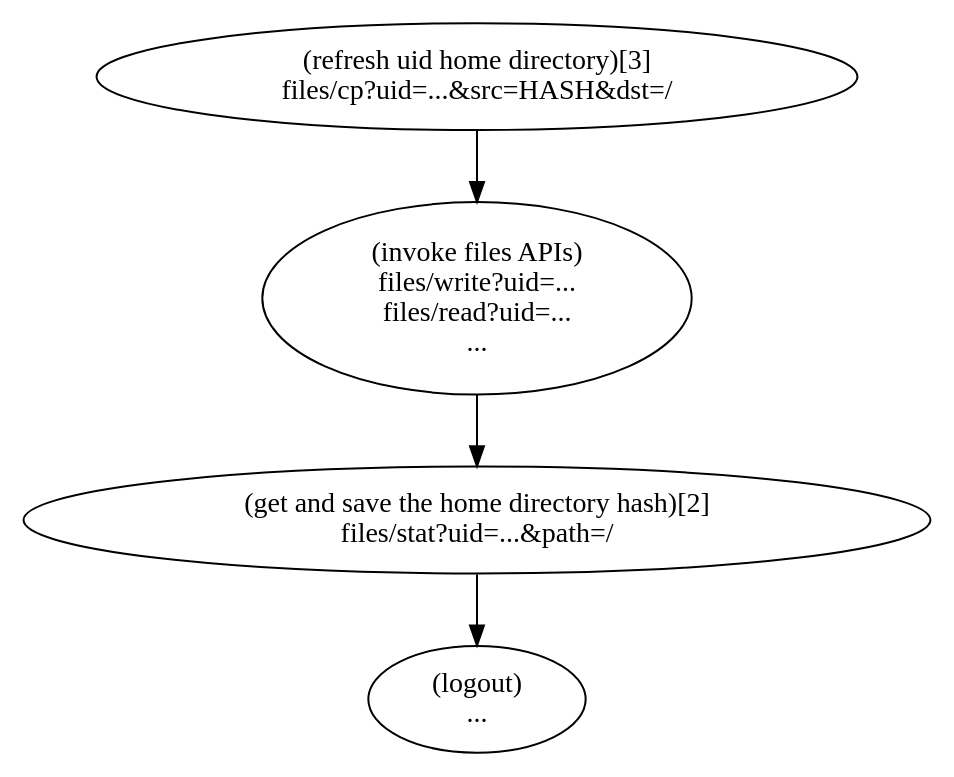
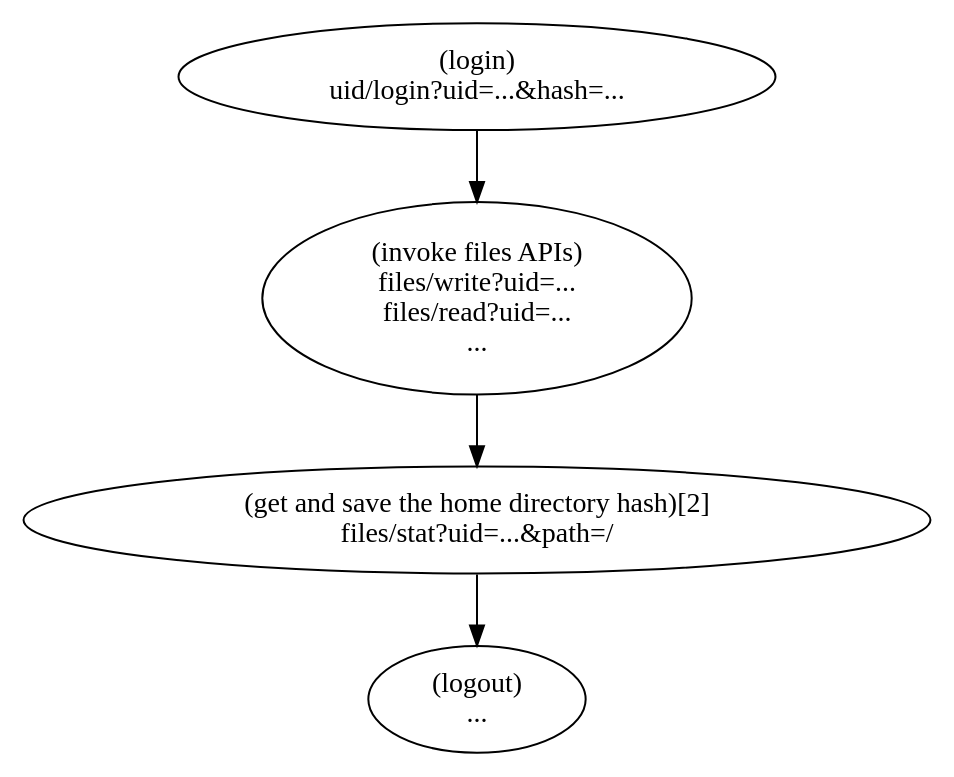
The second of 2 diagrams in manual/source/files-sample.rst (elastos/Elastos.Hive.DevDocs), drawn with Graphviz before and after one commit. The commit also changed other lines of this file and 1 other file, not shown here.

Commit message:
add comments for uid/login API.

```diff
--- a/manual/source/files-sample.rst
+++ b/manual/source/files-sample.rst
@@ -54,8 +56,8 @@
 .. graphviz::
 
     digraph {
-      "(refresh uid home directory)[3] \n files/cp?uid=...&src=HASH&dst=/" -> 
+      "(login) \n uid/login?uid=...&hash=..." -> 
       "(invoke files APIs) \n files/write?uid=... \nfiles/read?uid=... \n ..." ->
       "(get and save the home directory hash)[2] \n files/stat?uid=...&path=/" ->
       "(logout) \n ...";
     }
```
